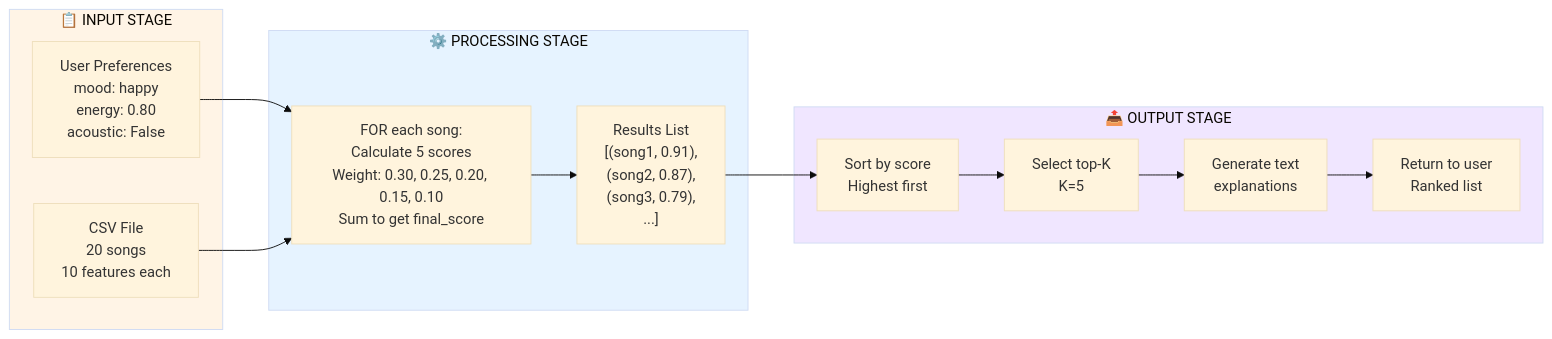
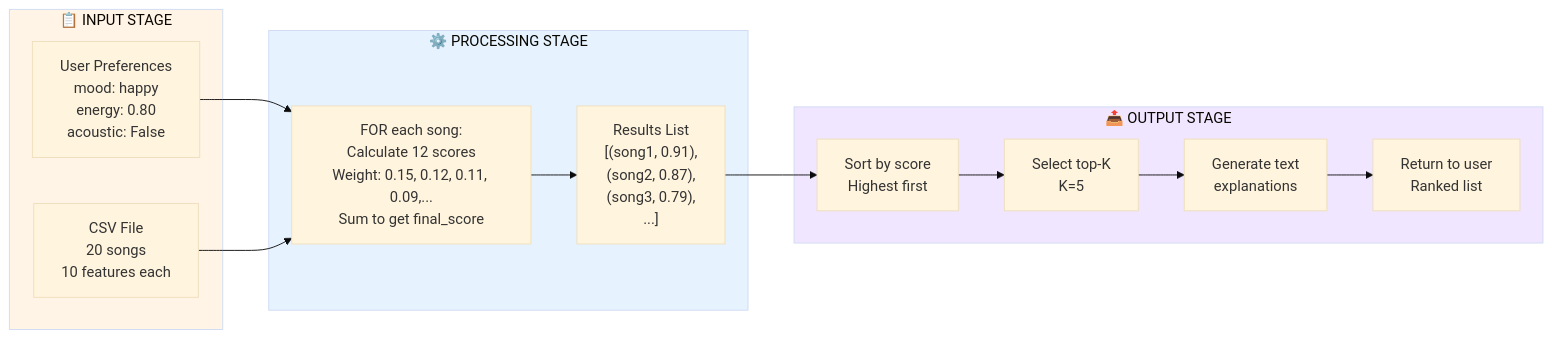
The second of 2 diagrams in DATA_FLOW_VISUALIZATION.md (kneha07/applied-ai-music-system), drawn with Mermaid (base theme) before and after one commit. The commit also changed other lines of this file and 14 other files, not shown here.

````diff
--- a/DATA_FLOW_VISUALIZATION.md
+++ b/DATA_FLOW_VISUALIZATION.md
@@ -161,31 +177,31 @@
 ```mermaid
 flowchart LR
     subgraph INPUT["📋 INPUT STAGE"]
         UserProfs["User Preferences<br/>mood: happy<br/>energy: 0.80<br/>acoustic: False"]
         CSVFile["CSV File<br/>20 songs<br/>10 features each"]
     end
     
     subgraph PROCESS["⚙️ PROCESSING STAGE"]
-        ScoreLoop["FOR each song:<br/>Calculate 5 scores<br/>Weight: 0.30, 0.25, 0.20, 0.15, 0.10<br/>Sum to get final_score"]
+        ScoreLoop["FOR each song:<br/>Calculate 12 scores<br/>Weight: 0.15, 0.12, 0.11, 0.09,...<br/>Sum to get final_score"]
         AllScores["Results List<br/>[(song1, 0.91),<br/> (song2, 0.87),<br/> (song3, 0.79),<br/> ...]"]
     end
     
     subgraph OUTPUT["📤 OUTPUT STAGE"]
         Rank["Sort by score<br/>Highest first"]
         SelectK["Select top-K<br/>K=5"]
         Explain["Generate text<br/>explanations"]
         Return["Return to user<br/>Ranked list"]
     end
     
     UserProfs --> ScoreLoop
     CSVFile --> ScoreLoop
     ScoreLoop --> AllScores
     AllScores --> Rank
     Rank --> SelectK
     SelectK --> Explain
     Explain --> Return
     
     style INPUT fill:#fff4e6
     style PROCESS fill:#e6f3ff
     style OUTPUT fill:#f0e6ff
 ```
````
